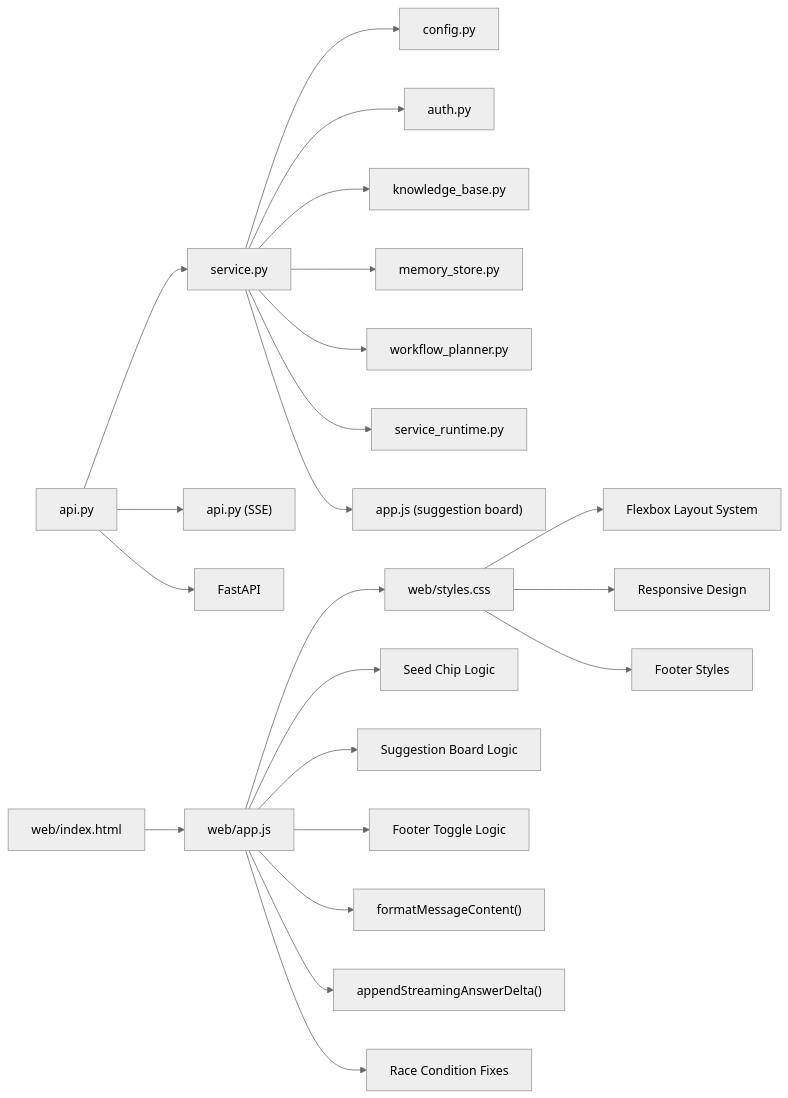
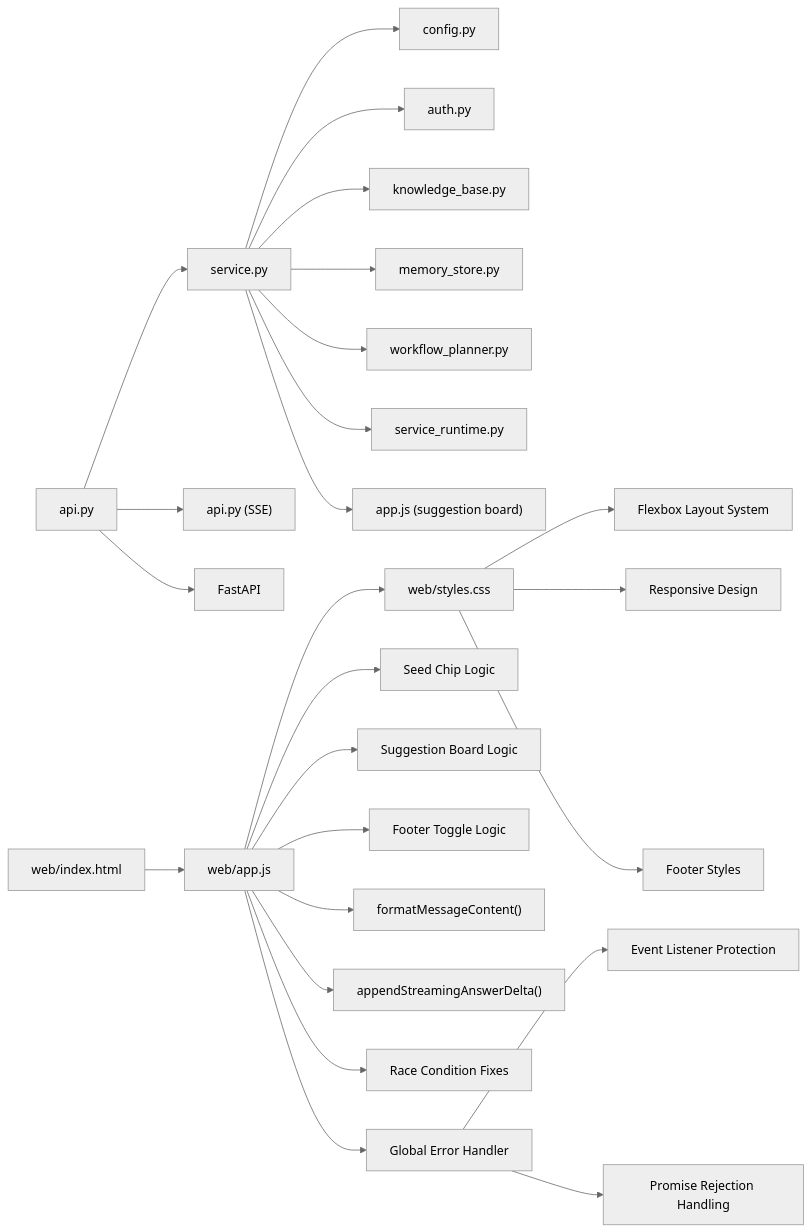
The tenth of 10 diagrams in .qoder/repowiki/en/content/Core Components/Core Components.md (intellistream/sage-mate), drawn with Mermaid (neutral theme) before and after one commit. The commit also changed other lines of this file and 121 other files, not shown here.

````diff
--- a/.qoder/repowiki/en/content/Core Components/Core Components.md
+++ b/.qoder/repowiki/en/content/Core Components/Core Components.md
@@ -920,24 +953,27 @@
 ```mermaid
 graph LR
 API["api.py"] --> SVC["service.py"]
 API --> BROKER["api.py (SSE)"]
 SVC --> CFG["config.py"]
 SVC --> AUTH["auth.py"]
 SVC --> KB["knowledge_base.py"]
 SVC --> MEM["memory_store.py"]
 SVC --> PLAN["workflow_planner.py"]
 SVC --> SRM["service_runtime.py"]
 SVC --> SUGGEST["app.js (suggestion board)"]
 API --> FASTAPI["FastAPI"]
 WEB["web/index.html"] --> APPJS["web/app.js"]
 APPJS --> STYLES["web/styles.css"]
 APPJS --> SEEDCHIPS["Seed Chip Logic"]
 APPJS --> SUGGESTLOGIC["Suggestion Board Logic"]
 APPJS --> FOOTERTOGGLE["Footer Toggle Logic"]
 APPJS --> MARKDOWN["formatMessageContent()"]
 APPJS --> STREAMING["appendStreamingAnswerDelta()"]
 APPJS --> RACEFIXES["Race Condition Fixes"]
+APPJS --> ERRORHANDLER["Global Error Handler"]
 STYLES --> FLEXBOX["Flexbox Layout System"]
 STYLES --> RESPONSIVE["Responsive Design"]
 STYLES --> FOOTERSTYLE["Footer Styles"]
+ERRORHANDLER --> EVENTLISTENERS["Event Listener Protection"]
+ERRORHANDLER --> PROMISEREJECTIONS["Promise Rejection Handling"]
 ```
````
